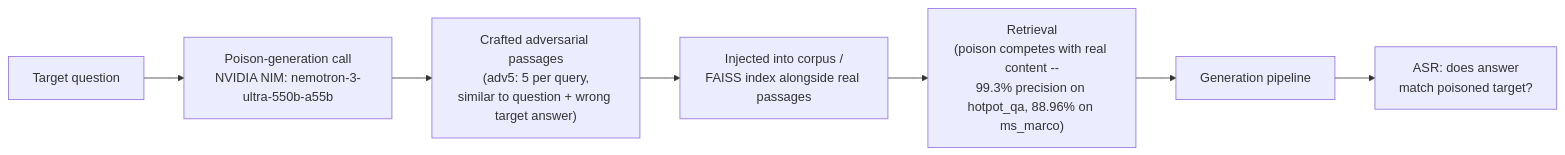
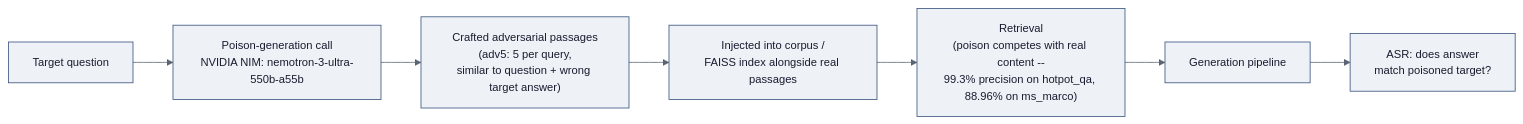
The fourth of 11 diagrams in docs/THESIS_ARCHITECTURE.md (Simarjit1303/rag-adversarial-robustness), drawn with Mermaid before and after one commit. The commit also changed other lines of this file, not shown here.

First line of the commit message:
Add explicit dark-mode-safe colors to all 11 THESIS_ARCHITECTURE.md diagrams

````diff
--- a/docs/THESIS_ARCHITECTURE.md
+++ b/docs/THESIS_ARCHITECTURE.md
@@ -140,9 +143,10 @@
 ```mermaid
+%%{init: {'theme':'base','themeVariables':{'primaryColor':'#eef2f7','primaryTextColor':'#1a1a2e','primaryBorderColor':'#37517e','lineColor':'#5a6472','secondaryColor':'#eef2f7','secondaryTextColor':'#1a1a2e','secondaryBorderColor':'#37517e','tertiaryColor':'#eef2f7','tertiaryTextColor':'#1a1a2e','tertiaryBorderColor':'#37517e','edgeLabelBackground':'#ffffff','clusterBkg':'#eef2f7','clusterBorder':'#37517e','titleColor':'#1a1a2e','textColor':'#1a1a2e','fontSize':'14px'}}}%%
 flowchart LR
     Q["Target question"] --> GENCALL["Poison-generation call<br/>NVIDIA NIM: nemotron-3-ultra-550b-a55b"]
     GENCALL --> POISON["Crafted adversarial passages<br/>(adv5: 5 per query,<br/>similar to question + wrong target answer)"]
     POISON --> CORPUS["Injected into corpus /<br/>FAISS index alongside real passages"]
     CORPUS --> RETRIEVE["Retrieval<br/>(poison competes with real content --<br/>99.3% precision on hotpot_qa, 88.96% on ms_marco)"]
     RETRIEVE --> GEN["Generation pipeline"]
     GEN --> SCORE["ASR: does answer<br/>match poisoned target?"]
 ```
````
